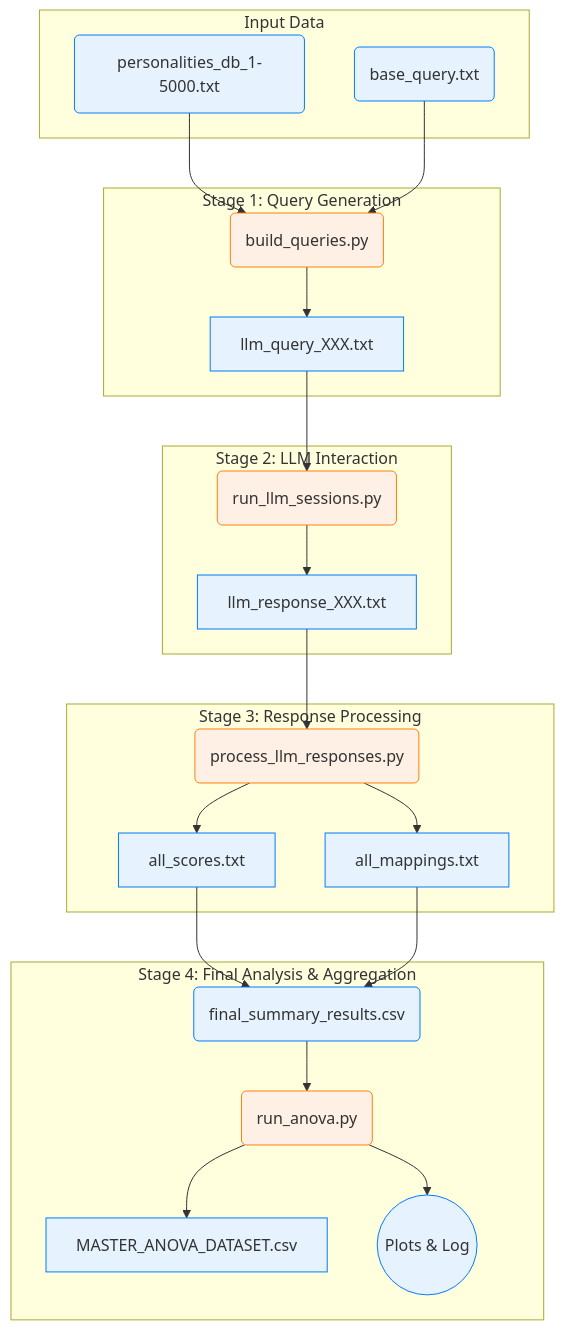
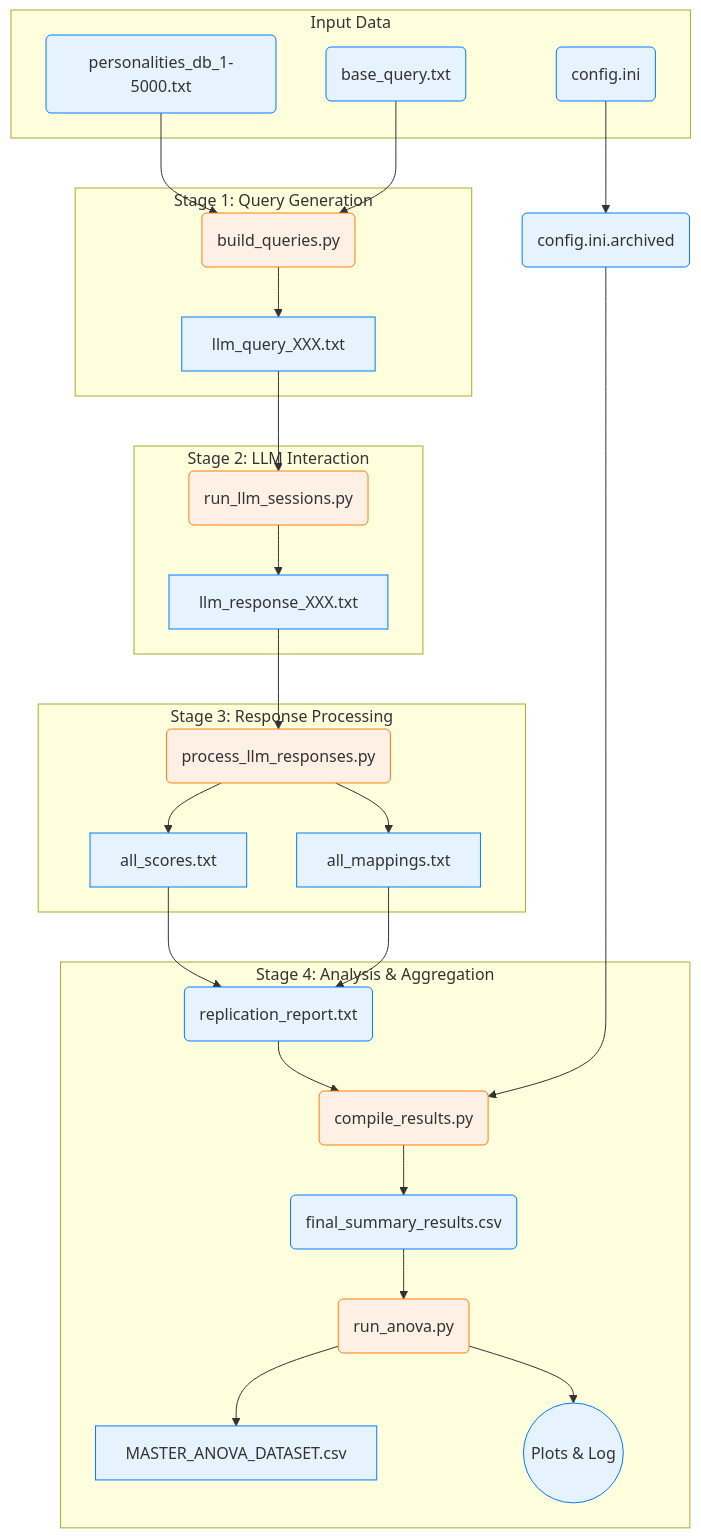
Before and after one commit to peterjmarko/llm-narrative-framework: the diagram in docs/diagrams/architecture_data_flow.mmd, drawn with Mermaid. The commit also changed 38 other files, not shown here.

Commit message:
Further fleshed out test scripts to improve coverage. Improved the restoration of experimental artifacts. Fixed final results CSV column layout. Updated ANOVA processing.

```diff
--- a/docs/diagrams/architecture_data_flow.mmd
+++ b/docs/diagrams/architecture_data_flow.mmd
@@ -1,41 +1,48 @@
 graph TD
     subgraph "Input Data"
         A1(personalities_db_1-5000.txt)
         A2(base_query.txt)
+        A3(config.ini)
     end
 
     subgraph "Stage 1: Query Generation"
         B(build_queries.py)
-        B --> C
+        A1 & A2 --> B
+        B --> C[llm_query_XXX.txt]
     end
     
     subgraph "Stage 2: LLM Interaction"
         D(run_llm_sessions.py)
         C --> D
-        D --> E
+        D --> E[llm_response_XXX.txt]
     end
     
     subgraph "Stage 3: Response Processing"
         F(process_llm_responses.py)
         E --> F
         F --> G[all_scores.txt]
         F --> H[all_mappings.txt]
     end
     
-    subgraph "Stage 4: Final Analysis & Aggregation"
+    subgraph "Stage 4: Analysis & Aggregation"
+        I(compile_results.py)
         J(run_anova.py)
-        I(final_summary_results.csv)
-        G & H --> I
-        I --> J
-        J --> K[MASTER_ANOVA_DATASET.csv]
-        J --> L((Plots & Log))
+        
+        G & H --> M(replication_report.txt)
+        M --> I
+        I --> K(final_summary_results.csv)
+        K --> J
+        J --> L[MASTER_ANOVA_DATASET.csv]
+        J --> N((Plots & Log))
     end
     
-    A1 & A2 --> B
-    C[llm_query_XXX.txt]
-    E[llm_response_XXX.txt]
+    %% This shows that the config is archived early in the process
+    A3 --> O(config.ini.archived):::Data
+    
+    %% This shows the archived config is now a primary input for compilation
+    O --> I
 
     classDef Data fill:#e6f3ff,stroke:#007bff
     classDef Script fill:#fff0e6,stroke:#ff7f0e
-    class A1,A2,C,E,G,H,I,K,L Data
-    class B,D,F,J Script
+    class A1,A2,A3,C,E,G,H,K,L,M,N,O Data
+    class B,D,F,I,J Script
```
